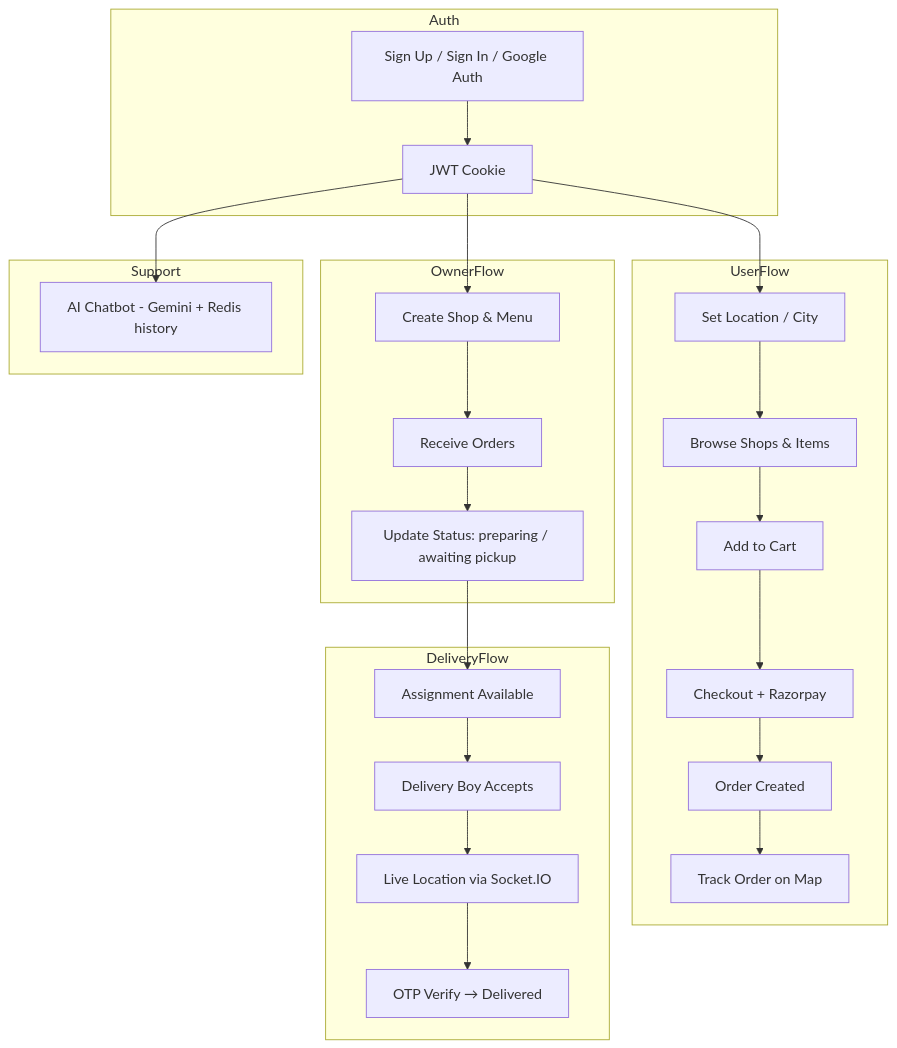
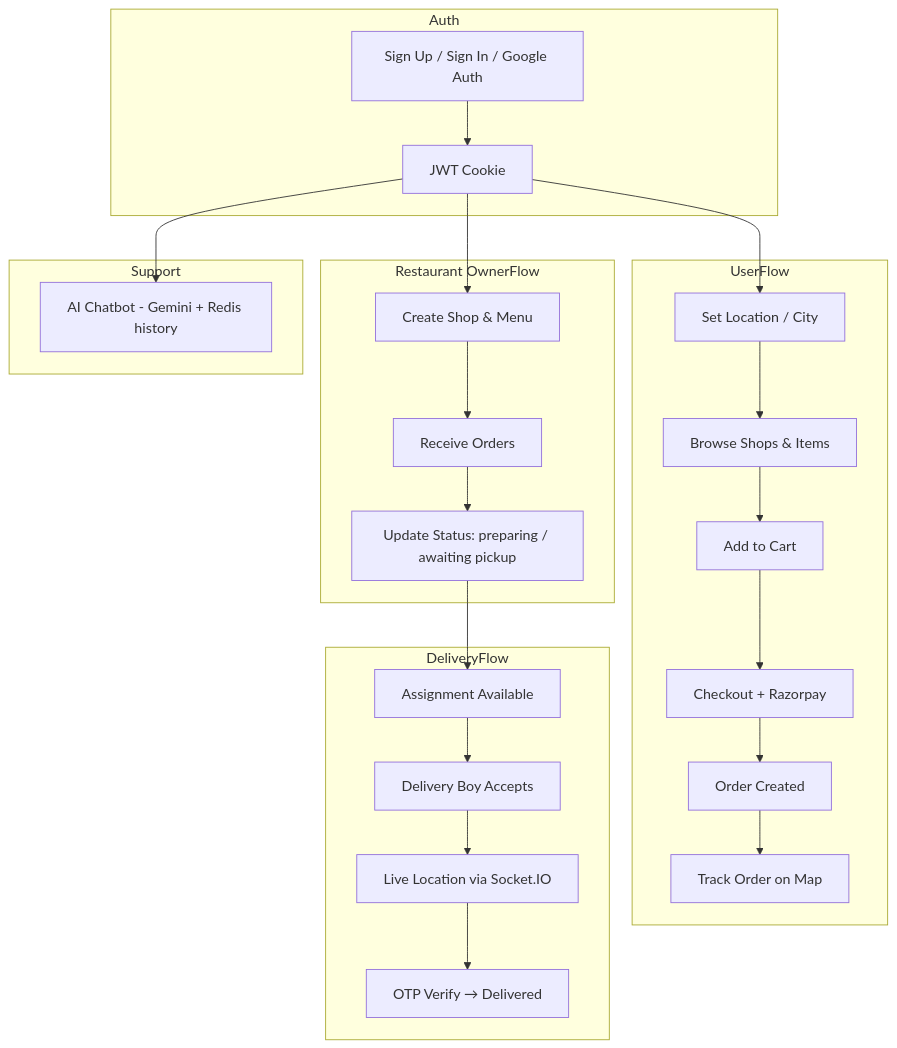
One commit to lavishdadwani/Sangam changed the diagram in README.md. Above: the diagram before and after it, drawn with Mermaid. The commit also changed other lines of this file, not shown here.

````diff
--- a/README.md
+++ b/README.md
@@ -117,32 +117,32 @@
 ```mermaid
 flowchart TB
     subgraph Auth
         A[Sign Up / Sign In / Google Auth] --> B[JWT Cookie]
     end
 
     subgraph UserFlow
         B --> C[Set Location / City]
         C --> D[Browse Shops & Items]
         D --> E[Add to Cart]
         E --> F[Checkout + Razorpay]
         F --> G[Order Created]
         G --> H[Track Order on Map]
     end
 
-    subgraph OwnerFlow
+    subgraph Restaurant OwnerFlow
         B --> I[Create Shop & Menu]
         I --> J[Receive Orders]
         J --> K[Update Status: preparing / awaiting pickup]
     end
 
     subgraph DeliveryFlow
         K --> L[Assignment Available]
         L --> M[Delivery Boy Accepts]
         M --> N[Live Location via Socket.IO]
         N --> O[OTP Verify → Delivered]
     end
 
     subgraph Support
         B --> P[AI Chatbot - Gemini + Redis history]
     end
 ```
````
